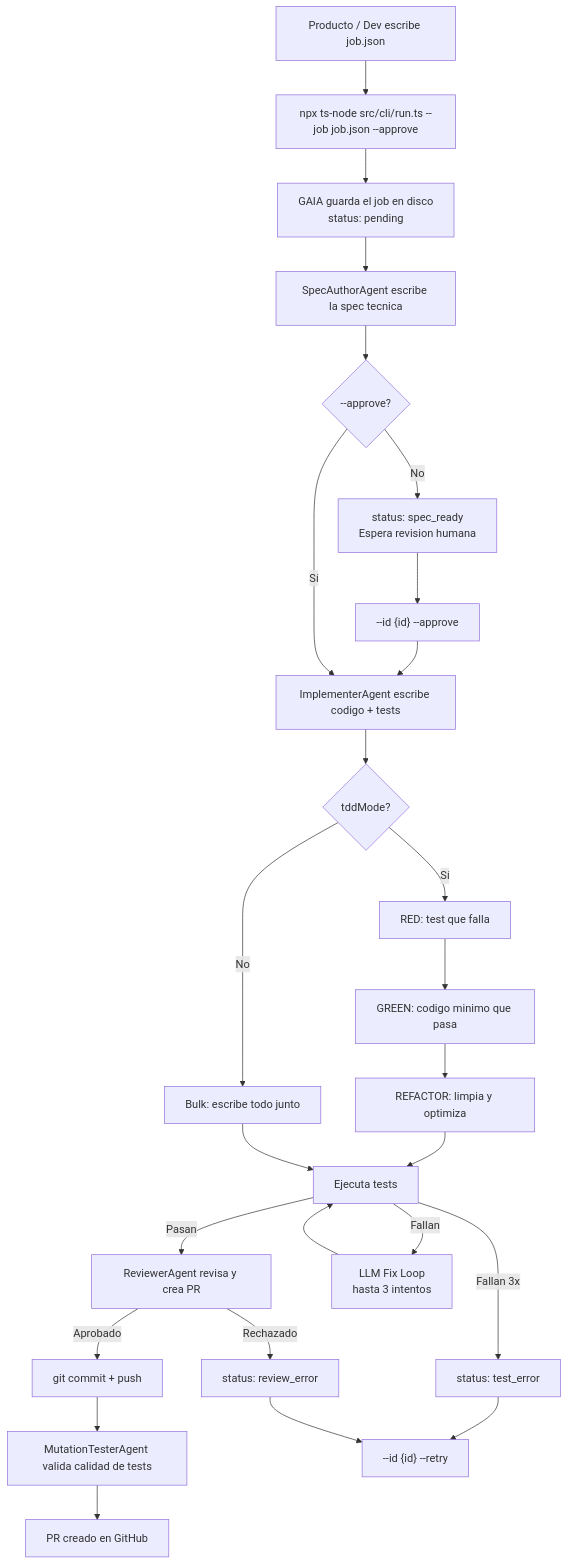
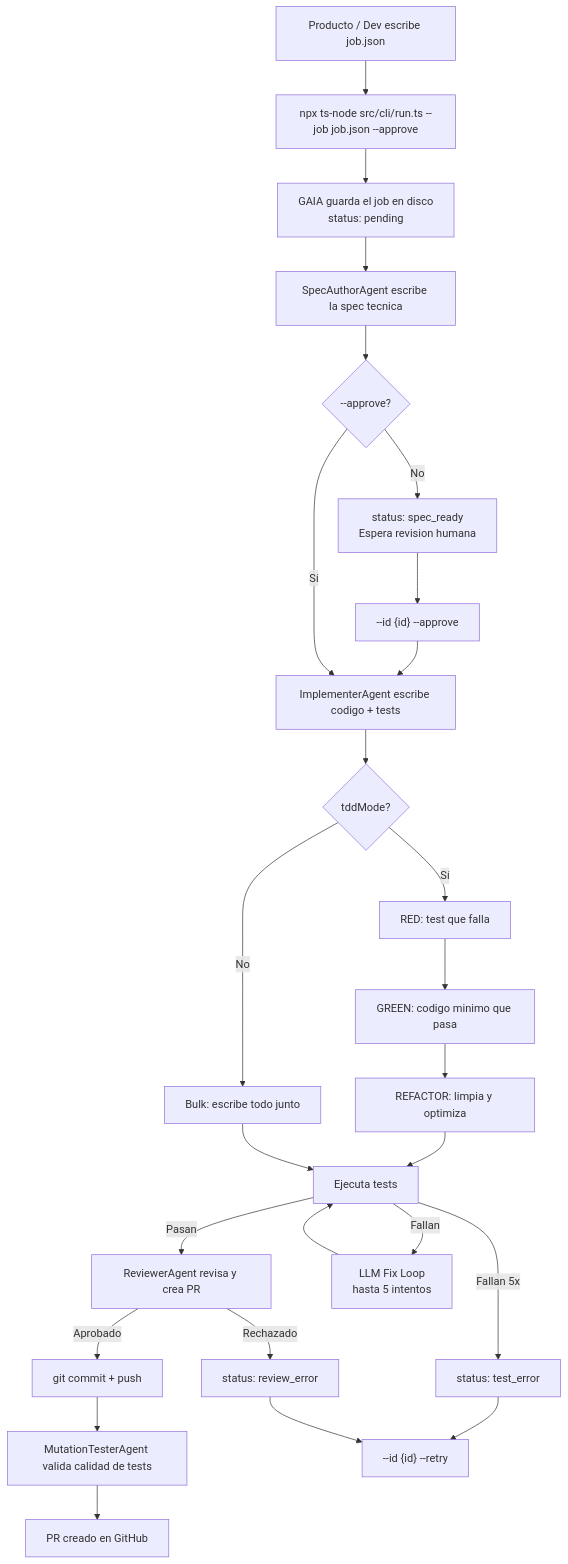
The diagram in docs/guides/cli-mode-product.md (RobertoGtz/gaia-code-harness), drawn with Mermaid before and after one commit. The commit also changed other lines of this file and 8 other files, not shown here.

````diff
--- a/docs/guides/cli-mode-product.md
+++ b/docs/guides/cli-mode-product.md
@@ -146,28 +146,28 @@
 ```mermaid
 flowchart TD
     A["Producto / Dev escribe job.json"] --> B["npx ts-node src/cli/run.ts --job job.json --approve"]
     B --> C["GAIA guarda el job en disco<br/>status: pending"]
     C --> D["SpecAuthorAgent escribe la spec tecnica"]
     D --> E{"--approve?"}
     E -- No --> F["status: spec_ready<br/>Espera revision humana"]
     F --> G["--id {id} --approve"]
     G --> H
     E -- Sí --> H["ImplementerAgent escribe codigo + tests"]
     H --> I{"tddMode?"}
     I -- Sí --> J["RED: test que falla"]
     J --> K["GREEN: codigo minimo que pasa"]
     K --> L["REFACTOR: limpia y optimiza"]
     L --> M
     I -- No --> N["Bulk: escribe todo junto"]
     N --> M["Ejecuta tests"]
     M -- Pasan --> O["ReviewerAgent revisa y crea PR"]
-    M -- Fallan --> P["LLM Fix Loop<br/>hasta 3 intentos"]
+    M -- Fallan --> P["LLM Fix Loop<br/>hasta 5 intentos"]
     P --> M
-    M -- Fallan 3x --> Q["status: test_error"]
+    M -- Fallan 5x --> Q["status: test_error"]
     O -- Aprobado --> R["git commit + push"]
     O -- Rechazado --> S["status: review_error"]
     R --> T["MutationTesterAgent valida calidad de tests"]
     T --> U["PR creado en GitHub"]
     Q --> V["--id {id} --retry"]
     S --> V
 ```
````
